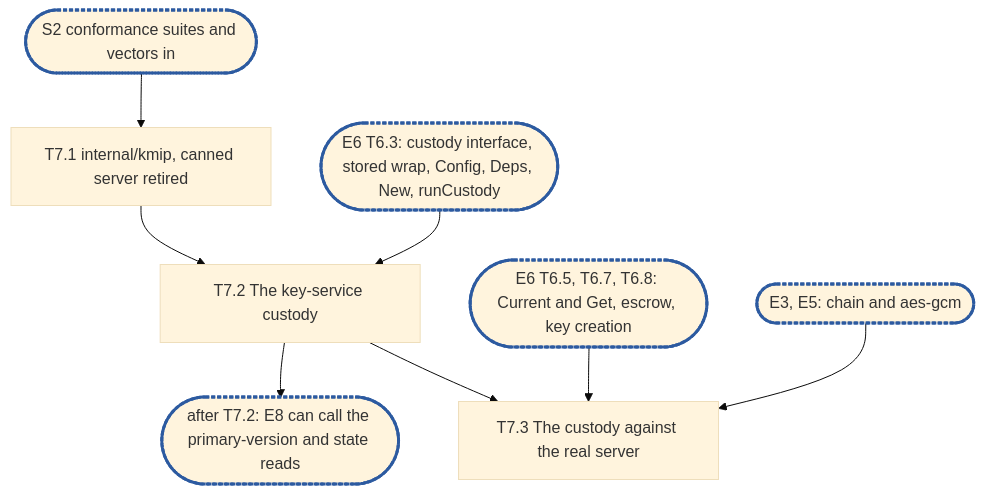
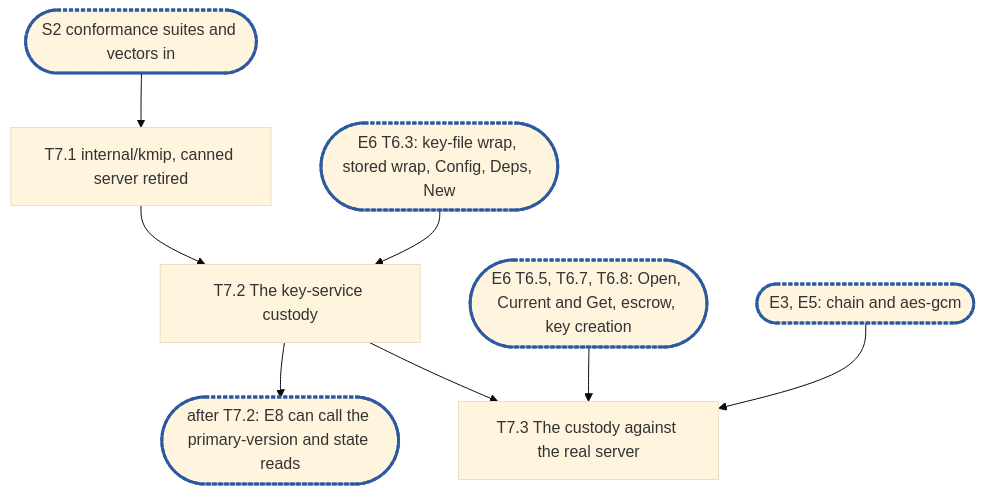
Before and after one commit to cubbit/dittofs: the diagram in .planning/rfc-5-transforms-epic7.md, drawn with Mermaid (base theme). The commit also changed other lines of this file, not shown here.

Commit message:
docs(planning): RFC 5 epic 7 extracts the custody interface and its suite

````diff
--- a/.planning/rfc-5-transforms-epic7.md
+++ b/.planning/rfc-5-transforms-epic7.md
@@ -550,11 +563,11 @@
 ```mermaid
 flowchart TD
   S2(["S2 conformance suites and vectors in"]):::sync --> T7_1["T7.1 internal/kmip, canned server retired"]
   T7_1 --> T7_2["T7.2 The key-service custody"]
-  dep6a(["E6 T6.3: custody interface, stored wrap, Config, Deps, New, runCustody"]):::sync --> T7_2
+  dep6a(["E6 T6.3: key-file wrap, stored wrap, Config, Deps, New"]):::sync --> T7_2
   T7_2 --> C1(["after T7.2: E8 can call the primary-version and state reads"]):::sync
   T7_2 --> T7_3["T7.3 The custody against the real server"]
-  dep6b(["E6 T6.5, T6.7, T6.8: Current and Get, escrow, key creation"]):::sync --> T7_3
+  dep6b(["E6 T6.5, T6.7, T6.8: Open, Current and Get, escrow, key creation"]):::sync --> T7_3
   E5(["E3, E5: chain and aes-gcm"]):::sync --> T7_3
   classDef sync stroke:#2c5aa0,stroke-width:3px,stroke-dasharray:4 2
 ```
````
